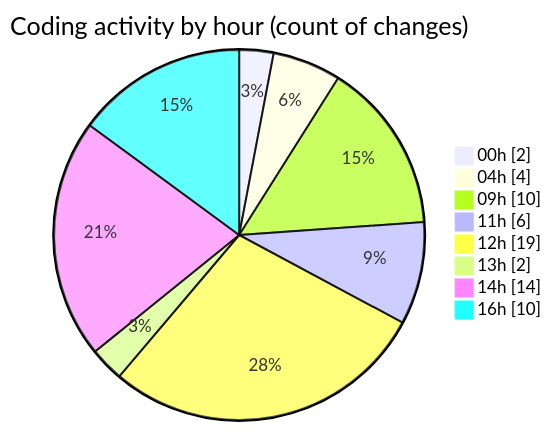
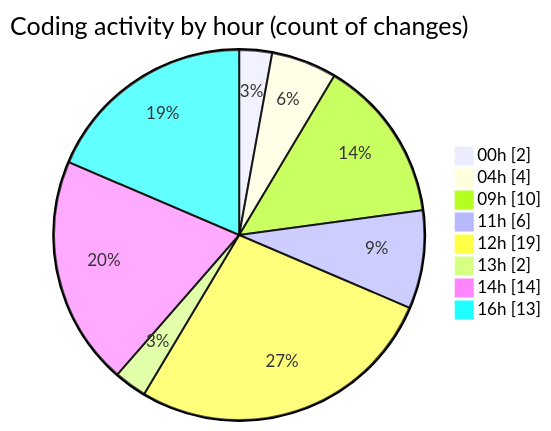
Before and after one commit to julien-gomy/code-tracking: the second of 2 diagrams in 2025-10-28/eventscop-frontend-guide__workspace_/README.md, drawn with Mermaid. The commit also changed other lines of this file and 1 other file, not shown here.

````diff
--- a/2025-10-28/eventscop-frontend-guide__workspace_/README.md
+++ b/2025-10-28/eventscop-frontend-guide__workspace_/README.md
@@ -53,12 +53,12 @@
 ```mermaid
 pie showData
 title Coding activity by hour (count of changes)
 "00h" : 2
 "04h" : 4
 "09h" : 10
 "11h" : 6
 "12h" : 19
 "13h" : 2
 "14h" : 14
-"16h" : 10
+"16h" : 13
 ```
````
